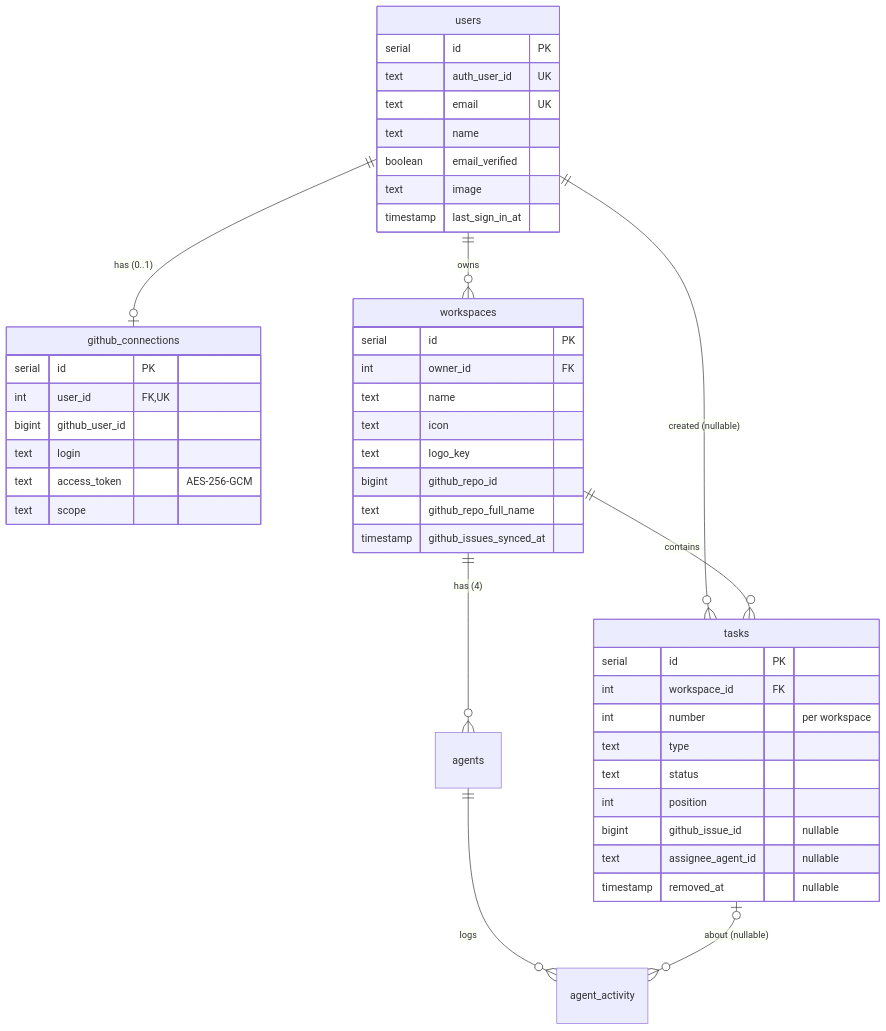
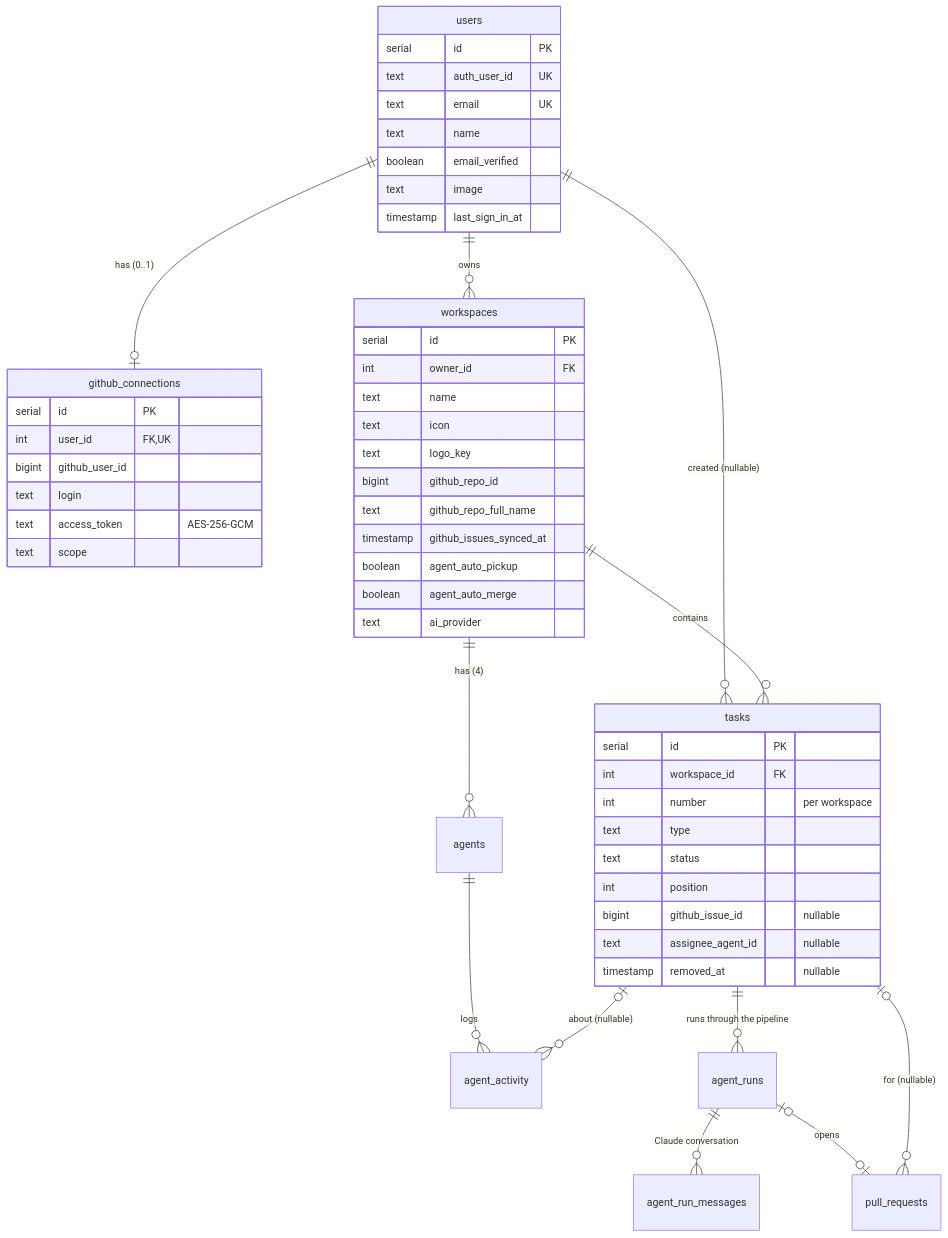
The diagram in docs/data-model.md (johanso/techcrew), drawn with Mermaid before and after one commit. The commit also changed other lines of this file and 60 other files, not shown here.

````diff
--- a/docs/data-model.md
+++ b/docs/data-model.md
@@ -21,49 +25,56 @@
 ```mermaid
 erDiagram
     users ||--o| github_connections : "has (0..1)"
     users ||--o{ workspaces : owns
     users ||--o{ tasks : "created (nullable)"
     workspaces ||--o{ tasks : contains
     workspaces ||--o{ agents : "has (4)"
     agents ||--o{ agent_activity : logs
     tasks |o--o{ agent_activity : "about (nullable)"
+    tasks ||--o{ agent_runs : "runs through the pipeline"
+    agent_runs ||--o{ agent_run_messages : "Claude conversation"
+    agent_runs |o--o| pull_requests : opens
+    tasks |o--o{ pull_requests : "for (nullable)"
 
     users {
         serial id PK
         text auth_user_id UK
         text email UK
         text name
         boolean email_verified
         text image
         timestamp last_sign_in_at
     }
     github_connections {
         serial id PK
         int user_id FK,UK
         bigint github_user_id
         text login
         text access_token "AES-256-GCM"
         text scope
     }
     workspaces {
         serial id PK
         int owner_id FK
         text name
         text icon
         text logo_key
         bigint github_repo_id
         text github_repo_full_name
         timestamp github_issues_synced_at
+        boolean agent_auto_pickup
+        boolean agent_auto_merge
+        text ai_provider
     }
     tasks {
         serial id PK
         int workspace_id FK
         int number "per workspace"
         text type
         text status
         int position
         bigint github_issue_id "nullable"
         text assignee_agent_id "nullable"
         timestamp removed_at "nullable"
     }
 ```
````
